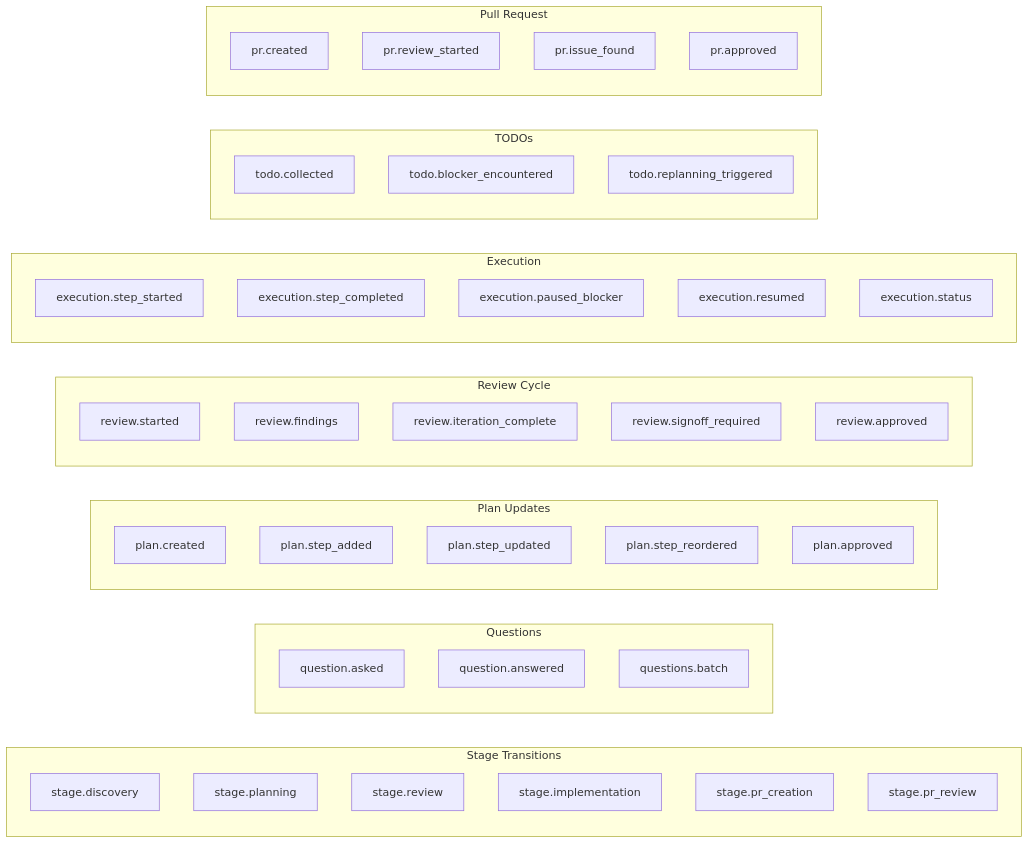
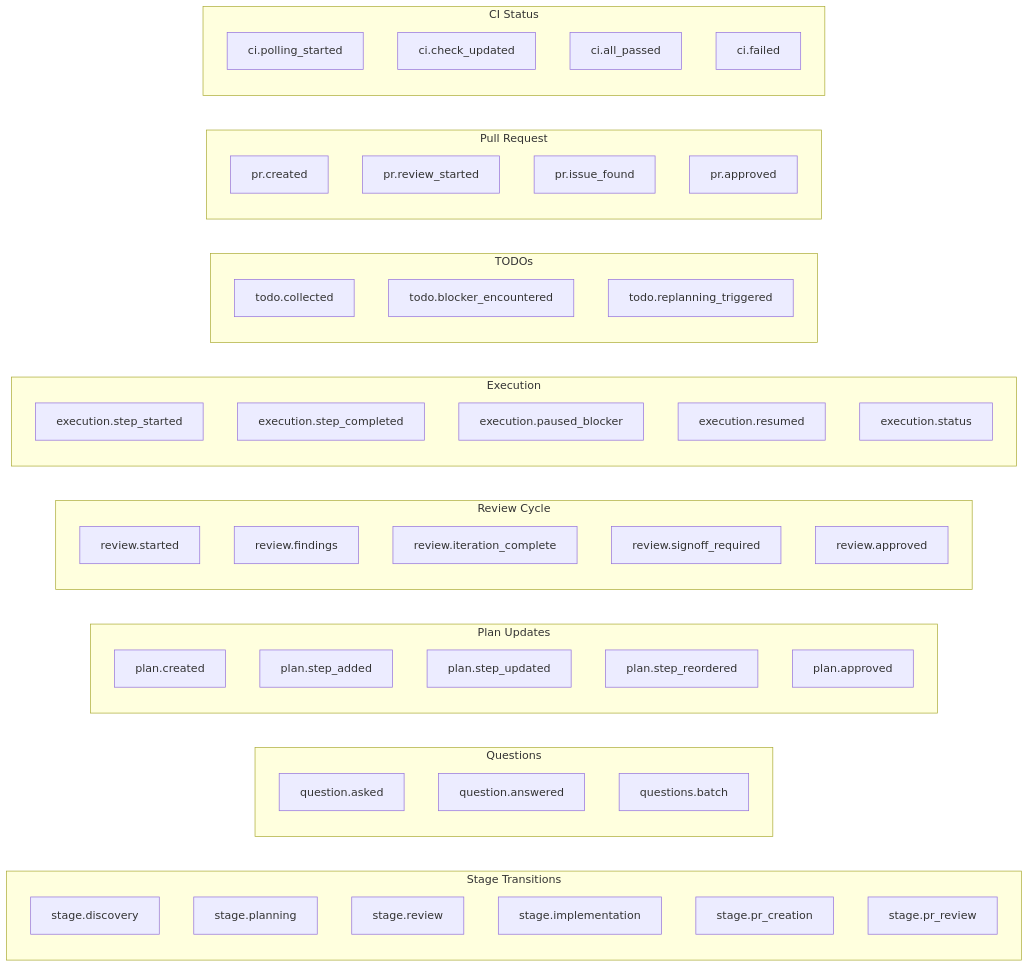
The eighth of 14 diagrams in README.md (clrke/claude-web), drawn with Mermaid before and after one commit. The commit also changed other lines of this file, not shown here.

First line of the commit message:
README consolidation: fix redundancies, add CI Agent, document all markers

````diff
--- a/README.md
+++ b/README.md
@@ -1022,54 +1052,61 @@
 ```mermaid
 flowchart LR
     subgraph StageEvents["Stage Transitions"]
         A["stage.discovery"]
         B["stage.planning"]
         C["stage.review"]
         D["stage.implementation"]
         E["stage.pr_creation"]
         F["stage.pr_review"]
     end
 
     subgraph QuestionEvents["Questions"]
         G["question.asked"]
         H["question.answered"]
         I["questions.batch"]
     end
 
     subgraph PlanEvents["Plan Updates"]
         J["plan.created"]
         K["plan.step_added"]
         L["plan.step_updated"]
         M["plan.step_reordered"]
         N["plan.approved"]
     end
 
     subgraph ReviewEvents["Review Cycle"]
         O["review.started"]
         P["review.findings"]
         Q["review.iteration_complete"]
         R["review.signoff_required"]
         S["review.approved"]
     end
 
     subgraph ExecutionEvents["Execution"]
         T["execution.step_started"]
         U["execution.step_completed"]
         V["execution.paused_blocker"]
         W["execution.resumed"]
         X2["execution.status"]
     end
 
     subgraph TodoEvents["TODOs"]
         T2["todo.collected"]
         T3["todo.blocker_encountered"]
         T4["todo.replanning_triggered"]
     end
 
     subgraph PREvents["Pull Request"]
         X["pr.created"]
         Y["pr.review_started"]
         Z["pr.issue_found"]
         AA["pr.approved"]
     end
+
+    subgraph CIEvents["CI Status"]
+        CI1["ci.polling_started"]
+        CI2["ci.check_updated"]
+        CI3["ci.all_passed"]
+        CI4["ci.failed"]
+    end
 ```
````
